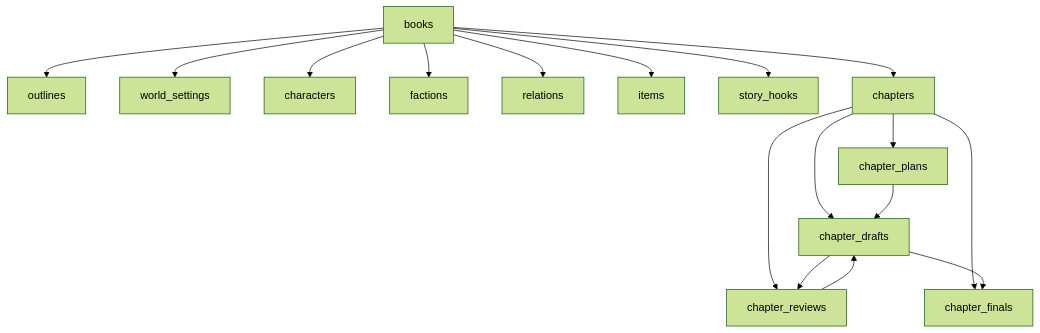
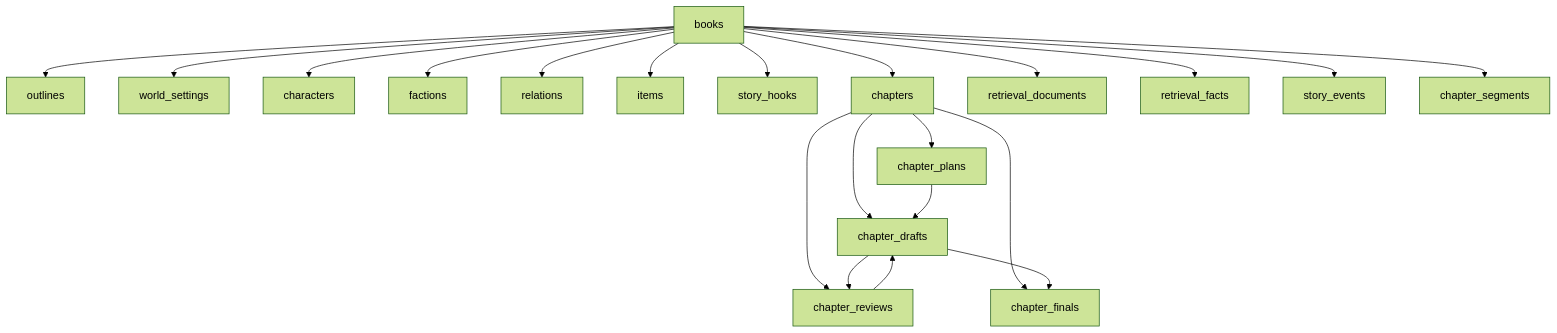
Before and after one commit to housirvip/myai-novel: the first of 4 diagrams in docs/database-relationship-overview.md, drawn with Mermaid (forest theme). The commit also changed other lines of this file and 11 other files, not shown here.

````diff
--- a/docs/database-relationship-overview.md
+++ b/docs/database-relationship-overview.md
@@ -52,37 +54,46 @@
 ```mermaid
 flowchart TD
     B[books]
 
     O[outlines]
     W[world_settings]
     C[characters]
     F[factions]
     R[relations]
     I[items]
     H[story_hooks]
     CH[chapters]
 
     CP[chapter_plans]
     CD[chapter_drafts]
     CR[chapter_reviews]
     CF[chapter_finals]
 
+    RD[retrieval_documents]
+    RF[retrieval_facts]
+    SE[story_events]
+    CS[chapter_segments]
+
     B --> O
     B --> W
     B --> C
     B --> F
     B --> R
     B --> I
     B --> H
     B --> CH
+    B --> RD
+    B --> RF
+    B --> SE
+    B --> CS
 
     CH --> CP
     CH --> CD
     CH --> CR
     CH --> CF
 
     CP --> CD
     CD --> CR
     CR --> CD
     CD --> CF
 ```
````
